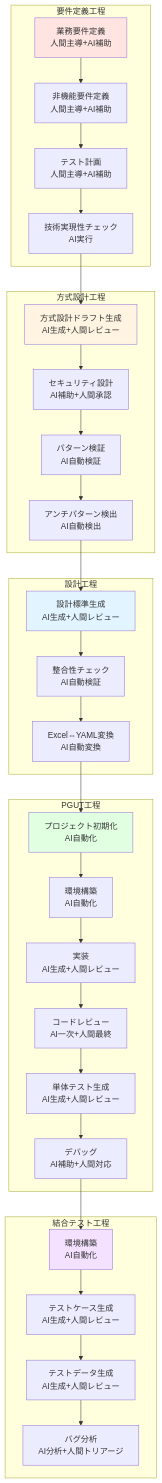
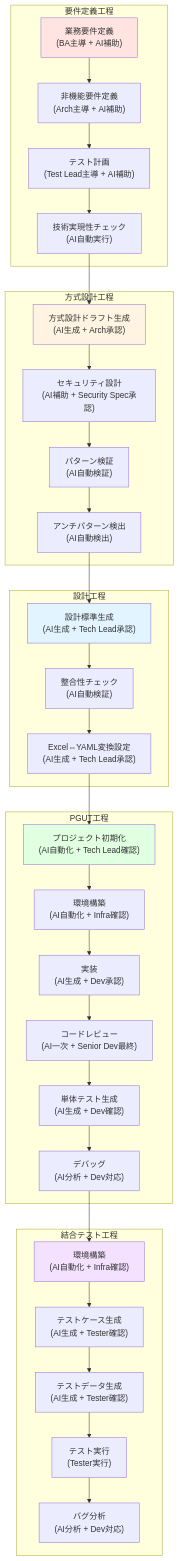
Before and after one commit to nablarch/nabledge-dev: the second of 2 diagrams in doc/tobe-vision-development-process-ja.md, drawn with Mermaid. The commit also changed other lines of this file, not shown here.

First line of the commit message:
Enhance AsIs/ToBe diagrams with role assignments

````diff
--- a/doc/tobe-vision-development-process-ja.md
+++ b/doc/tobe-vision-development-process-ja.md
@@ -140,52 +154,53 @@
 ```mermaid
 graph TB
     subgraph 要件定義工程
-        A1[業務要件定義<br/>人間主導+AI補助]
-        A2[非機能要件定義<br/>人間主導+AI補助]
-        A3[テスト計画<br/>人間主導+AI補助]
-        A4[技術実現性チェック<br/>AI実行]
+        A1["業務要件定義<br/>(BA主導 + AI補助)"]
+        A2["非機能要件定義<br/>(Arch主導 + AI補助)"]
+        A3["テスト計画<br/>(Test Lead主導 + AI補助)"]
+        A4["技術実現性チェック<br/>(AI自動実行)"]
     end
 
     subgraph 方式設計工程
-        B1[方式設計ドラフト生成<br/>AI生成+人間レビュー]
-        B2[セキュリティ設計<br/>AI補助+人間承認]
-        B3[パターン検証<br/>AI自動検証]
-        B4[アンチパターン検出<br/>AI自動検出]
+        B1["方式設計ドラフト生成<br/>(AI生成 + Arch承認)"]
+        B2["セキュリティ設計<br/>(AI補助 + Security Spec承認)"]
+        B3["パターン検証<br/>(AI自動検証)"]
+        B4["アンチパターン検出<br/>(AI自動検出)"]
     end
 
     subgraph 設計工程
-        C1[設計標準生成<br/>AI生成+人間レビュー]
-        C2[整合性チェック<br/>AI自動検証]
-        C3[Excel⇔YAML変換<br/>AI自動変換]
+        C1["設計標準生成<br/>(AI生成 + Tech Lead承認)"]
+        C2["整合性チェック<br/>(AI自動検証)"]
+        C3["Excel⇔YAML変換設定<br/>(AI生成 + Tech Lead承認)"]
     end
 
     subgraph PGUT工程
-        D1[プロジェクト初期化<br/>AI自動化]
-        D2[環境構築<br/>AI自動化]
-        D3[実装<br/>AI生成+人間レビュー]
-        D4[コードレビュー<br/>AI一次+人間最終]
-        D5[単体テスト生成<br/>AI生成+人間レビュー]
-        D6[デバッグ<br/>AI補助+人間対応]
+        D1["プロジェクト初期化<br/>(AI自動化 + Tech Lead確認)"]
+        D2["環境構築<br/>(AI自動化 + Infra確認)"]
+        D3["実装<br/>(AI生成 + Dev承認)"]
+        D4["コードレビュー<br/>(AI一次 + Senior Dev最終)"]
+        D5["単体テスト生成<br/>(AI生成 + Dev確認)"]
+        D6["デバッグ<br/>(AI分析 + Dev対応)"]
     end
 
     subgraph 結合テスト工程
-        E1[環境構築<br/>AI自動化]
-        E2[テストケース生成<br/>AI生成+人間レビュー]
-        E3[テストデータ生成<br/>AI生成+人間レビュー]
-        E4[バグ分析<br/>AI分析+人間トリアージ]
+        E1["環境構築<br/>(AI自動化 + Infra確認)"]
+        E2["テストケース生成<br/>(AI生成 + Tester確認)"]
+        E3["テストデータ生成<br/>(AI生成 + Tester確認)"]
+        E4["テスト実行<br/>(Tester実行)"]
+        E5["バグ分析<br/>(AI分析 + Dev対応)"]
     end
 
     A1 --> A2 --> A3 --> A4
     A4 --> B1
     B1 --> B2 --> B3 --> B4
     B4 --> C1 --> C2 --> C3
     C3 --> D1 --> D2 --> D3
     D3 --> D4 --> D5 --> D6
-    D6 --> E1 --> E2 --> E3 --> E4
+    D6 --> E1 --> E2 --> E3 --> E4 --> E5
 
     style A1 fill:#ffe4e1
     style B1 fill:#fff4e1
     style C1 fill:#e1f4ff
     style D1 fill:#e1ffe1
     style E1 fill:#f4e1ff
 ```
````
